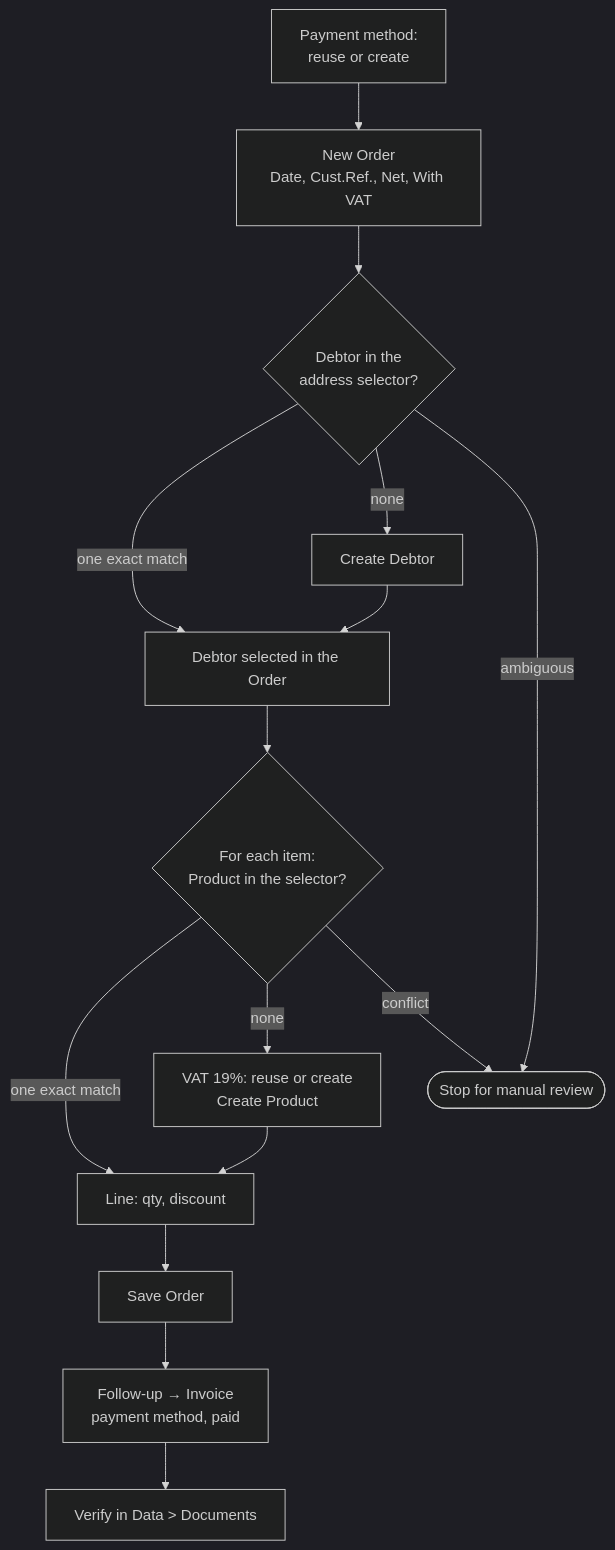
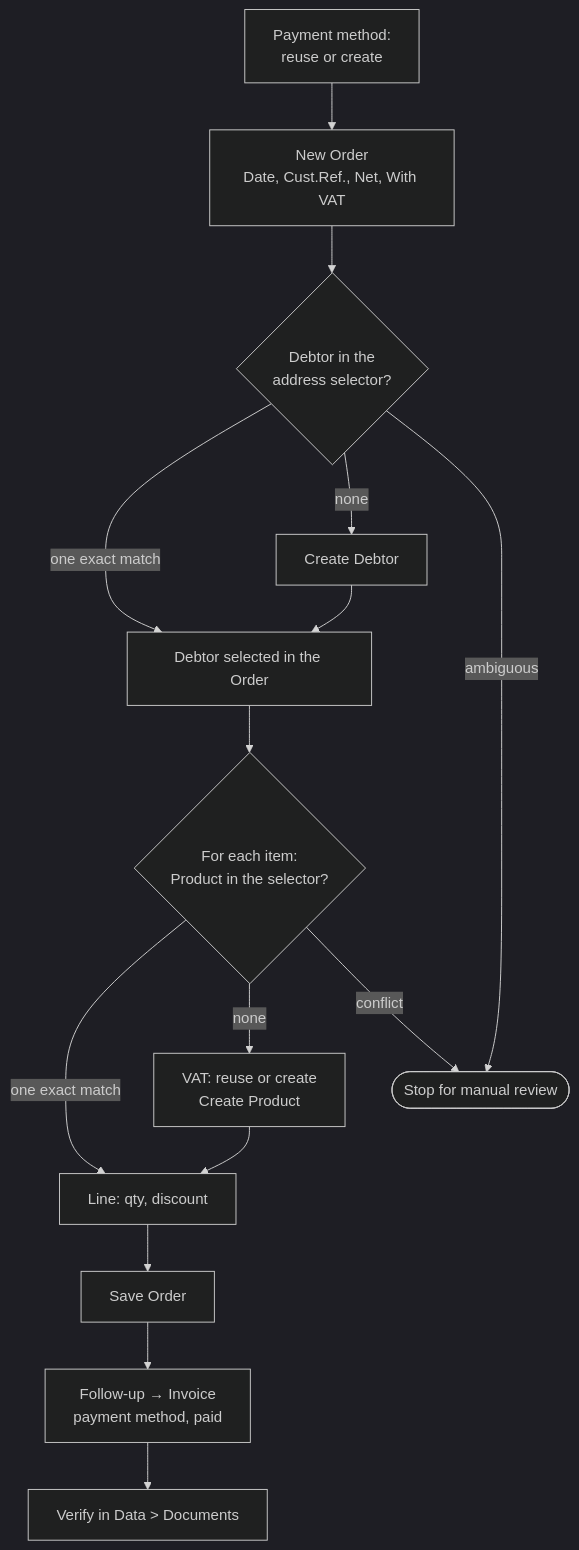
One commit to MooSayed1/Fakturama changed the second of 2 diagrams in docs/DESIGN.md. Above: the diagram before and after it, drawn with Mermaid (dark theme). The commit also changed other lines of this file and 6 other files, not shown here.

````diff
--- a/docs/DESIGN.md
+++ b/docs/DESIGN.md
@@ -114,15 +116,15 @@
 ```mermaid
 flowchart TD
     P["Payment method:<br>reuse or create"] --> A
     A["New Order<br>Date, Cust.Ref., Net, With VAT"] --> B{"Debtor in the<br>address selector?"}
     B -- "one exact match" --> D["Debtor selected in the Order"]
     B -- "none" --> C["Create Debtor"] --> D
     D --> E{"For each item:<br>Product in the selector?"}
     E -- "one exact match" --> G["Line: qty, discount"]
-    E -- "none" --> F["VAT 19%: reuse or create<br>Create Product"] --> G
+    E -- "none" --> F["VAT: reuse or create<br>Create Product"] --> G
     G --> H["Save Order"]
     H --> I["Follow-up → Invoice<br>payment method, paid"]
     I --> J["Verify in Data > Documents"]
     B -- "ambiguous" --> S(["Stop for manual review"])
     E -- "conflict" --> S
 ```
````
